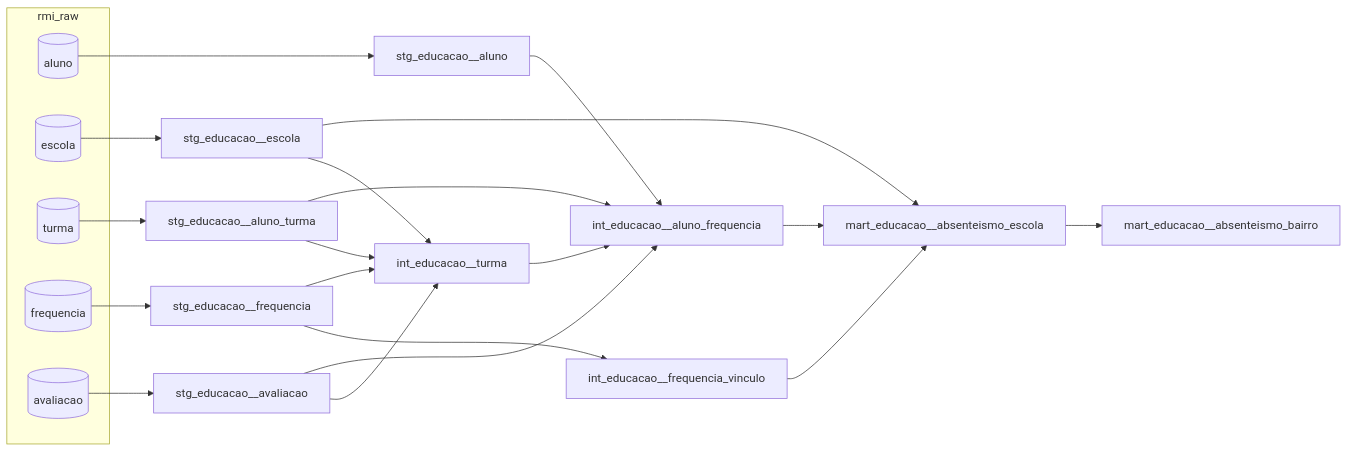
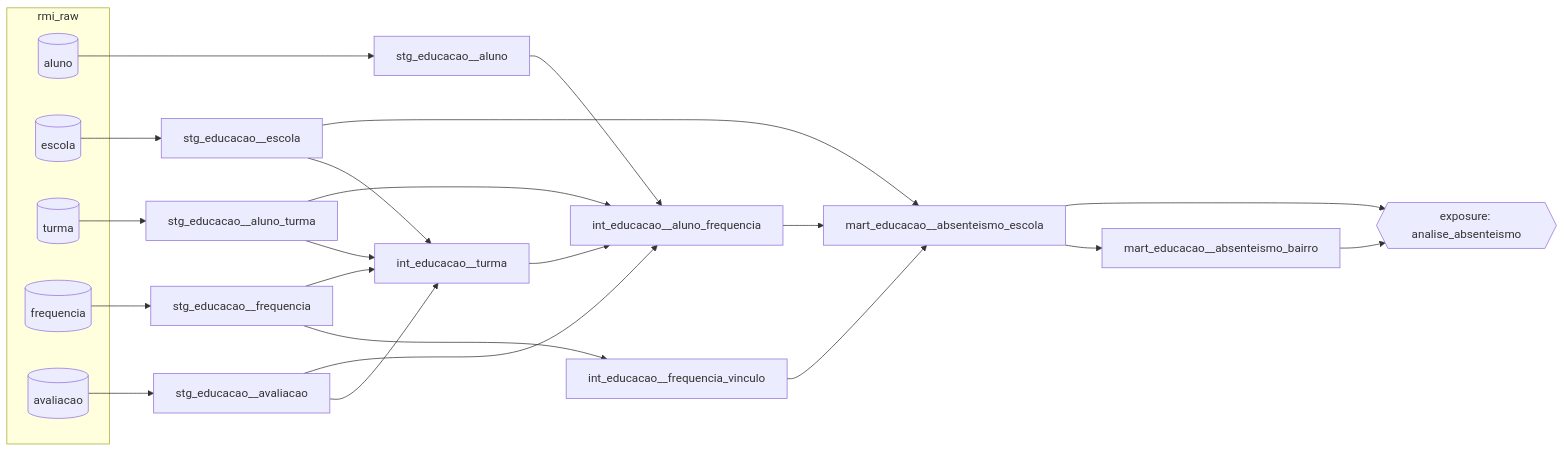
Before and after one commit to mmsb21/desafio-cientista-dados-peqc: the diagram in README.md, drawn with Mermaid. The commit also changed other lines of this file and 1 other file, not shown here.

Commit message:
feat: exposure da análise do README sobre os marts

````diff
--- a/README.md
+++ b/README.md
@@ -72,28 +73,30 @@
 ```mermaid
 flowchart LR
   subgraph raw[rmi_raw]
     aluno[(aluno)]
     escola[(escola)]
     turma[(turma)]
     frequencia[(frequencia)]
     avaliacao[(avaliacao)]
   end
   aluno --> stg_aluno[stg_educacao__aluno]
   escola --> stg_escola[stg_educacao__escola]
   turma --> stg_aluno_turma[stg_educacao__aluno_turma]
   frequencia --> stg_frequencia[stg_educacao__frequencia]
   avaliacao --> stg_avaliacao[stg_educacao__avaliacao]
   stg_frequencia --> int_vinculo[int_educacao__frequencia_vinculo]
   stg_frequencia --> int_turma[int_educacao__turma]
   stg_escola --> int_turma
   stg_aluno_turma --> int_turma
   stg_avaliacao --> int_turma
   stg_avaliacao --> int_aluno[int_educacao__aluno_frequencia]
   stg_aluno --> int_aluno
   stg_aluno_turma --> int_aluno
   int_turma --> int_aluno
   int_vinculo --> mart_escola[mart_educacao__absenteismo_escola]
   int_aluno --> mart_escola
   stg_escola --> mart_escola
   mart_escola --> mart_bairro[mart_educacao__absenteismo_bairro]
+  mart_escola --> analise{{"exposure: analise_absenteismo"}}
+  mart_bairro --> analise
 ```
````
